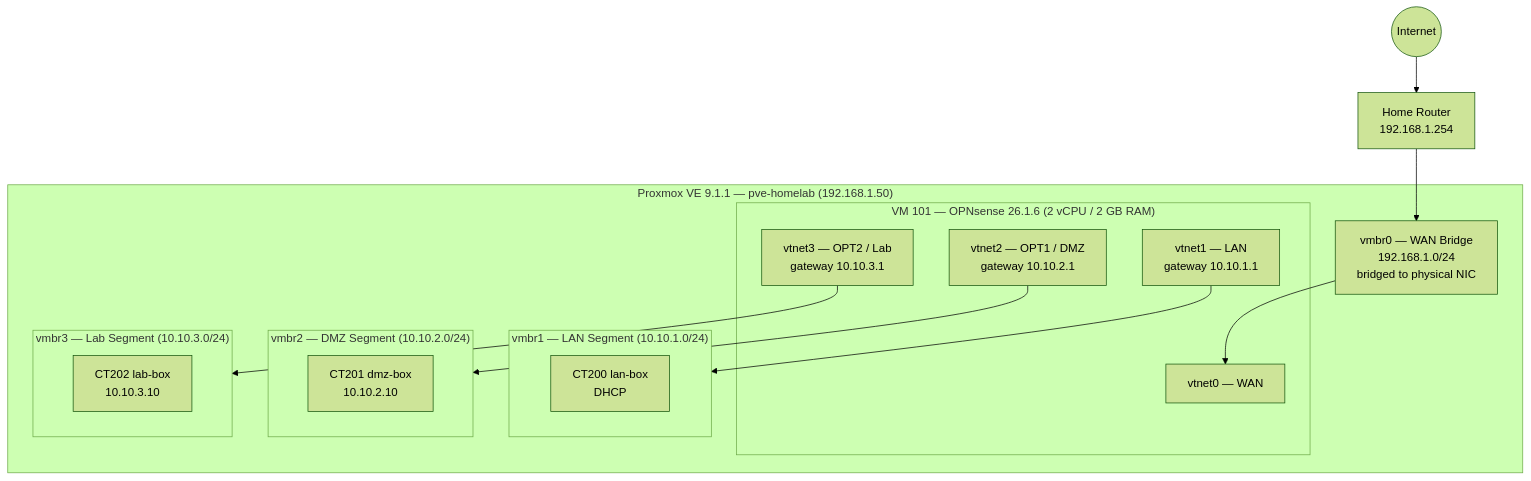
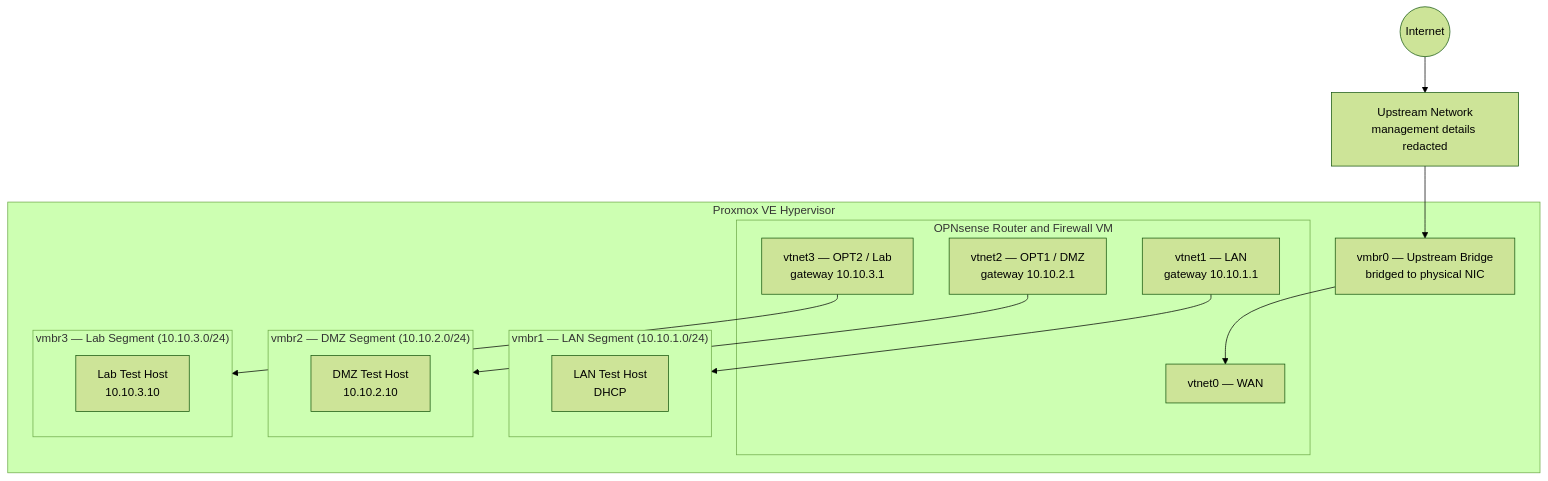
One commit to KennyLightfoot/homelab-public changed the diagram in projects/01-opnsense-segmentation/README.md. Above: the diagram before and after it, drawn with Mermaid (forest theme). The commit also changed other lines of this file, not shown here.

Commit message:
docs: sanitize OPNsense project details

````diff
--- a/projects/01-opnsense-segmentation/README.md
+++ b/projects/01-opnsense-segmentation/README.md
@@ -26,37 +26,37 @@
 ```mermaid
 graph TD
     Internet((Internet))
-    Router["Home Router\n192.168.1.254"]
+    Router["Upstream Network\nmanagement details redacted"]
 
-    subgraph Proxmox["Proxmox VE 9.1.1 — pve-homelab (192.168.1.50)"]
+    subgraph Proxmox["Proxmox VE Hypervisor"]
 
-        vmbr0["vmbr0 — WAN Bridge\n192.168.1.0/24\nbridged to physical NIC"]
+        vmbr0["vmbr0 — Upstream Bridge\nbridged to physical NIC"]
 
-        subgraph OPNsense["VM 101 — OPNsense 26.1.6 (2 vCPU / 2 GB RAM)"]
+        subgraph OPNsense["OPNsense Router and Firewall VM"]
             WAN["vtnet0 — WAN"]
             LAN_IF["vtnet1 — LAN\ngateway 10.10.1.1"]
             DMZ_IF["vtnet2 — OPT1 / DMZ\ngateway 10.10.2.1"]
             LAB_IF["vtnet3 — OPT2 / Lab\ngateway 10.10.3.1"]
         end
 
         subgraph LAN["vmbr1 — LAN Segment (10.10.1.0/24)"]
-            lan_box["CT200 lan-box\nDHCP"]
+            lan_box["LAN Test Host\nDHCP"]
         end
 
         subgraph DMZ["vmbr2 — DMZ Segment (10.10.2.0/24)"]
-            dmz_box["CT201 dmz-box\n10.10.2.10"]
+            dmz_box["DMZ Test Host\n10.10.2.10"]
         end
 
         subgraph Lab["vmbr3 — Lab Segment (10.10.3.0/24)"]
-            lab_box["CT202 lab-box\n10.10.3.10"]
+            lab_box["Lab Test Host\n10.10.3.10"]
         end
 
     end
 
     Internet --> Router
     Router --> vmbr0
     vmbr0 --> WAN
     LAN_IF --> LAN
     DMZ_IF --> DMZ
     LAB_IF --> Lab
 ```
````
